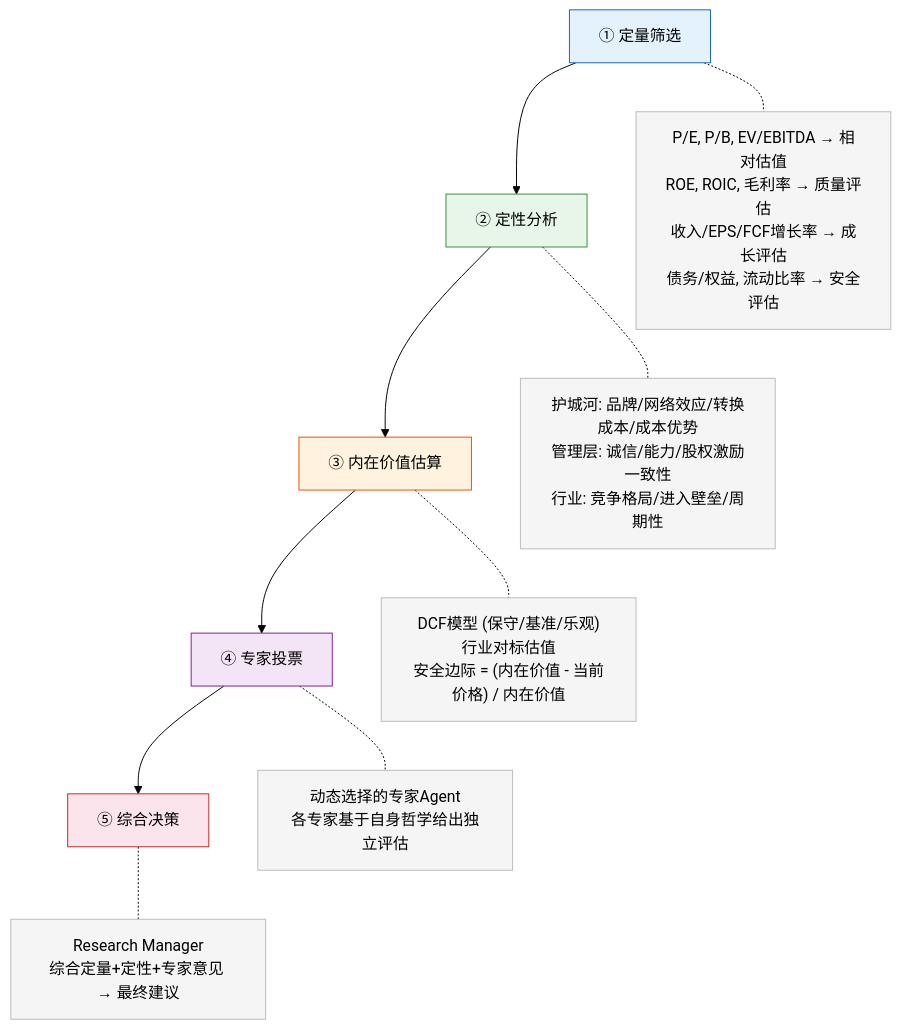
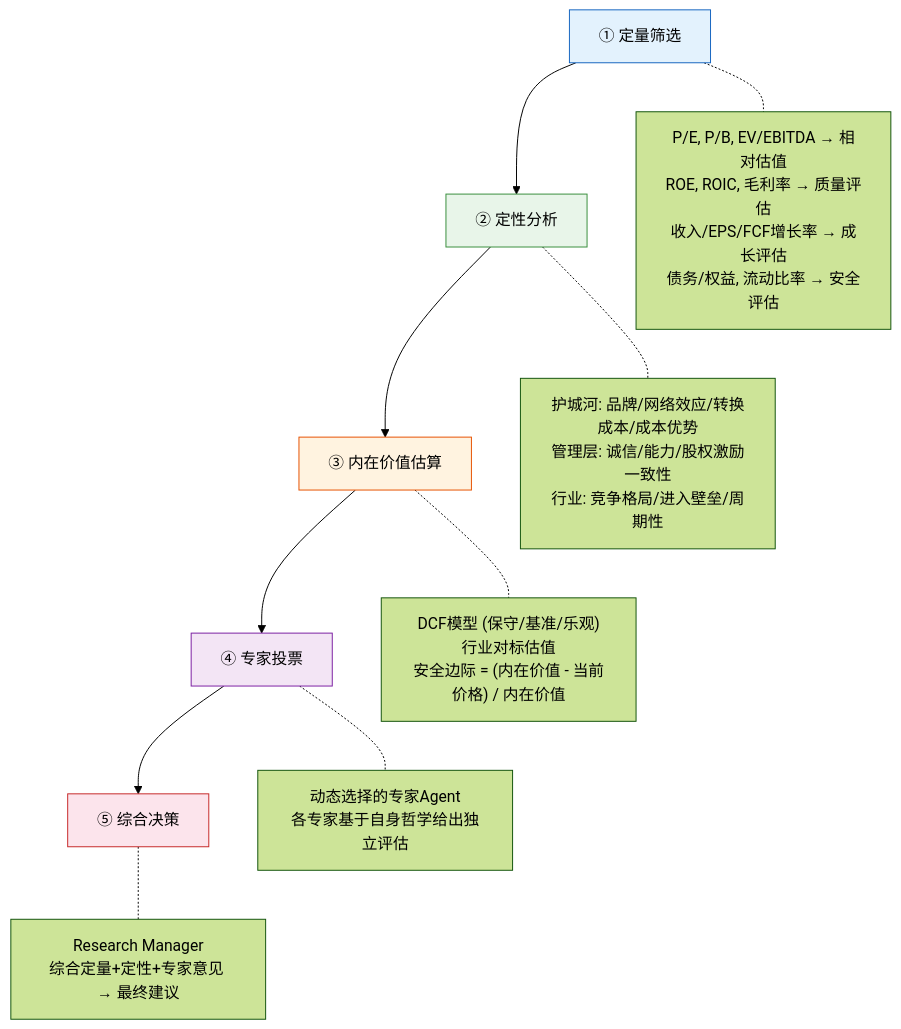
One commit to ZacBi/TradingAgents changed the sixth of 11 diagrams in .qoder/specs/trading-agent-architecture-analysis.md. Above: the diagram before and after it, drawn with Mermaid (forest theme). The commit also changed other lines of this file and 5 other files, not shown here.

First line of the commit message:
docs(architecture): 完善多智能体交易框架架构文档

````diff
--- a/.qoder/specs/trading-agent-architecture-analysis.md
+++ b/.qoder/specs/trading-agent-architecture-analysis.md
@@ -607,24 +465,19 @@
 ```mermaid
 flowchart TD
     S1["① 定量筛选"] --> S2["② 定性分析"]
     S2 --> S3["③ 内在价值估算"]
     S3 --> S4["④ 专家投票"]
     S4 --> S5["⑤ 综合决策"]
 
     S1 -.- S1D["P/E, P/B, EV/EBITDA → 相对估值\nROE, ROIC, 毛利率 → 质量评估\n收入/EPS/FCF增长率 → 成长评估\n债务/权益, 流动比率 → 安全评估"]
     S2 -.- S2D["护城河: 品牌/网络效应/转换成本/成本优势\n管理层: 诚信/能力/股权激励一致性\n行业: 竞争格局/进入壁垒/周期性"]
     S3 -.- S3D["DCF模型 (保守/基准/乐观)\n行业对标估值\n安全边际 = (内在价值 - 当前价格) / 内在价值"]
     S4 -.- S4D["动态选择的专家Agent\n各专家基于自身哲学给出独立评估"]
     S5 -.- S5D["Research Manager\n综合定量+定性+专家意见 → 最终建议"]
 
     style S1 fill:#e3f2fd,stroke:#1565c0
     style S2 fill:#e8f5e9,stroke:#388e3c
     style S3 fill:#fff3e0,stroke:#e65100
     style S4 fill:#f3e5f5,stroke:#7b1fa2
     style S5 fill:#fce4ec,stroke:#c62828
-    style S1D fill:#f5f5f5,stroke:#bbb
-    style S2D fill:#f5f5f5,stroke:#bbb
-    style S3D fill:#f5f5f5,stroke:#bbb
-    style S4D fill:#f5f5f5,stroke:#bbb
-    style S5D fill:#f5f5f5,stroke:#bbb
 ```
````
